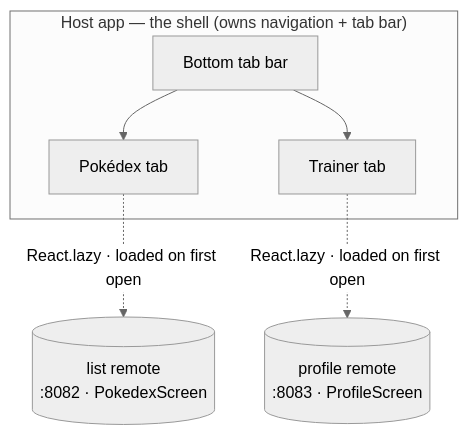
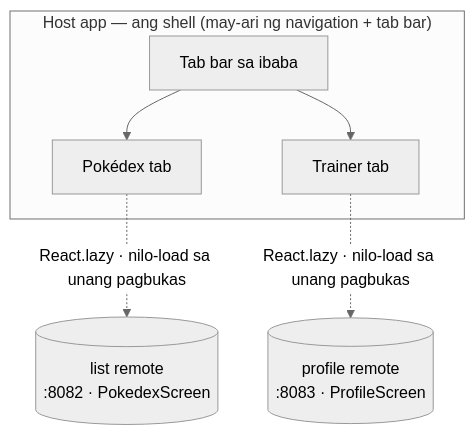
One commit to warrendeleon/warrendeleon.com changed the diagram in src/content/blog/tl/host-shell-federated-tabs-react-native.md. Above: the diagram before and after it, drawn with Mermaid (neutral theme). The commit also changed 11 other files, not shown here.

First line of the commit message:
🌐 i18n(blog): translate mermaid diagram labels (es/ca/tl)

````diff
--- a/src/content/blog/tl/host-shell-federated-tabs-react-native.md
+++ b/src/content/blog/tl/host-shell-federated-tabs-react-native.md
@@ -17,14 +17,14 @@
 ```mermaid
 flowchart TB
-    subgraph host["Host app — the shell (owns navigation + tab bar)"]
-        tabs["Bottom tab bar"]
+    subgraph host["Host app — ang shell (may-ari ng navigation + tab bar)"]
+        tabs["Tab bar sa ibaba"]
         t1["Pokédex tab"]
         t2["Trainer tab"]
         tabs --> t1
         tabs --> t2
     end
     list[("list remote<br/>:8082 · PokedexScreen")]
     profile[("profile remote<br/>:8083 · ProfileScreen")]
-    t1 -.->|"React.lazy · loaded on first open"| list
-    t2 -.->|"React.lazy · loaded on first open"| profile
+    t1 -.->|"React.lazy · nilo-load sa unang pagbukas"| list
+    t2 -.->|"React.lazy · nilo-load sa unang pagbukas"| profile
 ```
````
